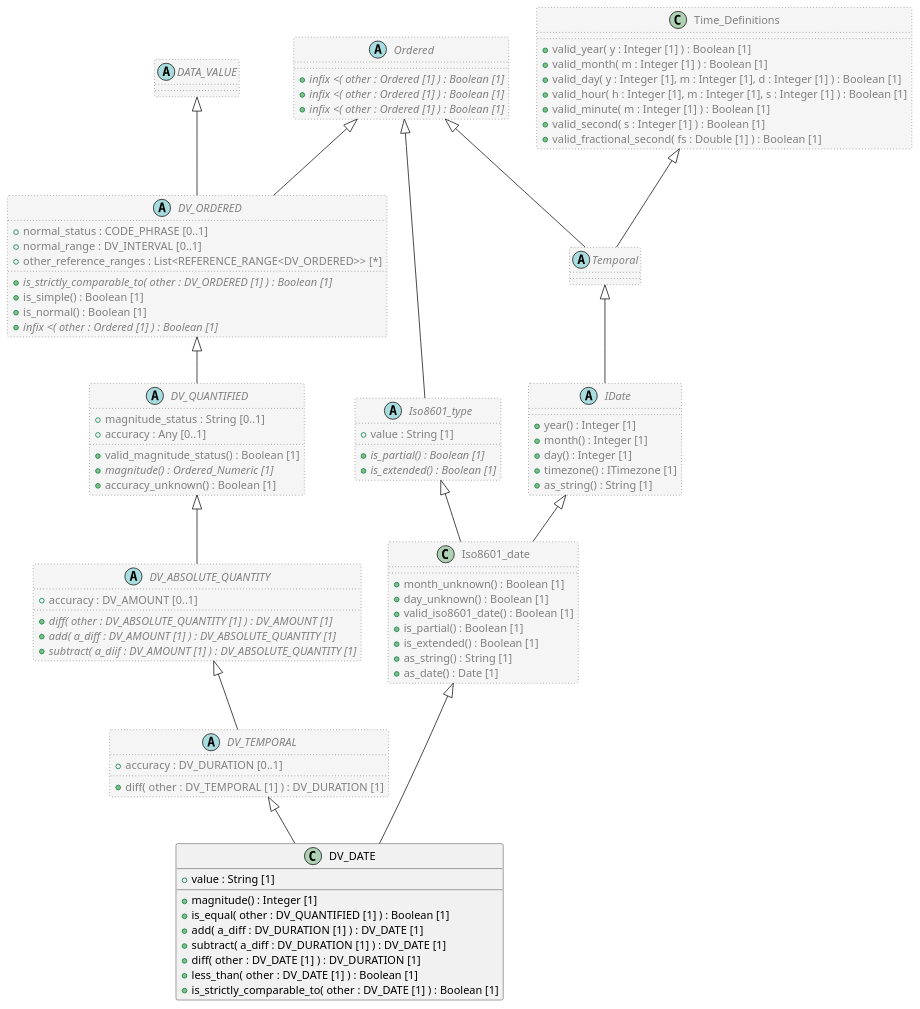
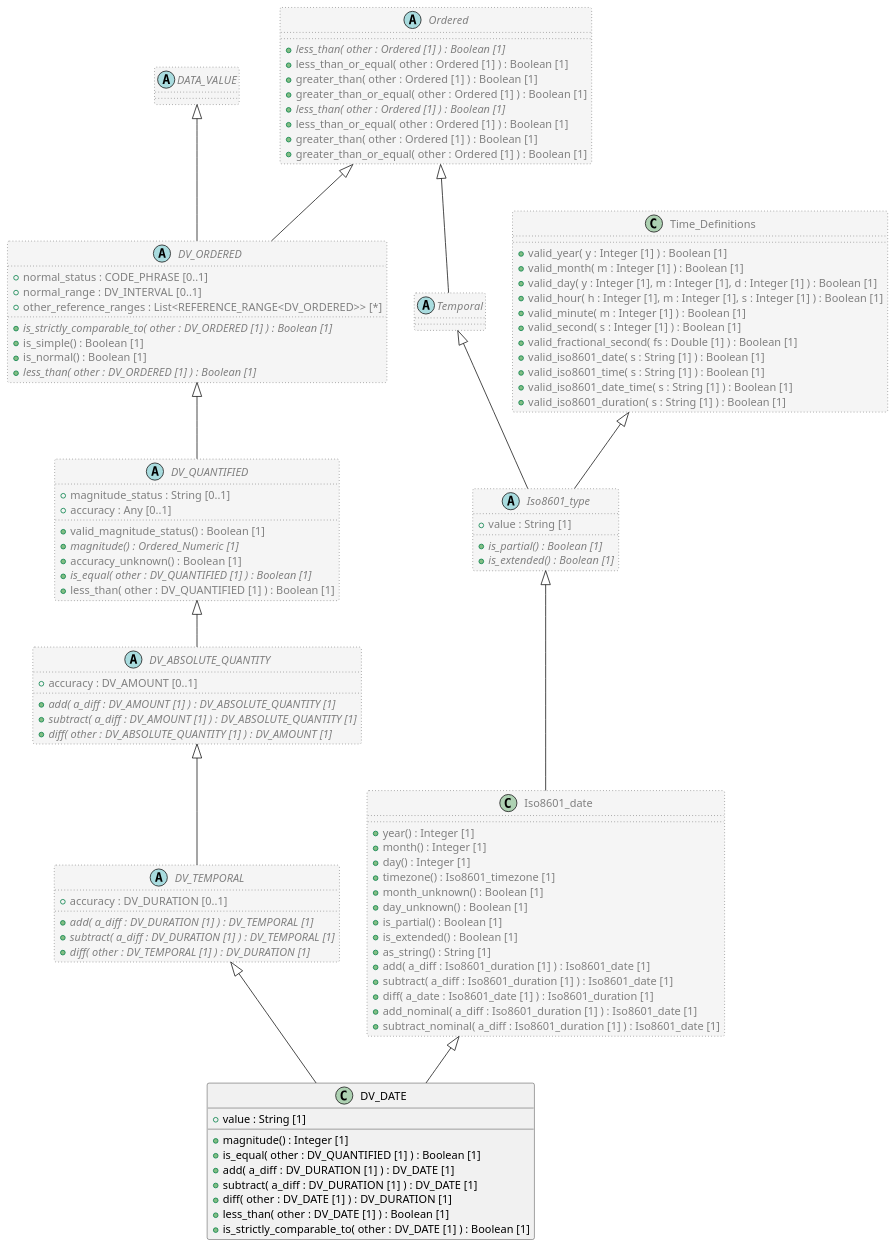
One commit to sebastian-iancu/code-generator changed the diagram in code/Adoc/openehr_rm_1.2.0/plantUML/classes/org.openehr.rm.data_types.dv_date.adoc. Above: the diagram before and after it, drawn with PlantUML. The commit also changed 719 other files, not shown here.

```diff
--- a/code/Adoc/openehr_rm_1.2.0/plantUML/classes/org.openehr.rm.data_types.dv_date.adoc
+++ b/code/Adoc/openehr_rm_1.2.0/plantUML/classes/org.openehr.rm.data_types.dv_date.adoc
@@ -15,14 +15,16 @@
 
 abstract class DV_TEMPORAL  #whitesmoke;line:gray;line.dotted;text:gray {
   + accuracy : DV_DURATION [0..1]
-  + diff( other : DV_TEMPORAL [1] ) : DV_DURATION [1]
+  + {abstract} add( a_diff : DV_DURATION [1] ) : DV_TEMPORAL [1]
+  + {abstract} subtract( a_diff : DV_DURATION [1] ) : DV_TEMPORAL [1]
+  + {abstract} diff( other : DV_TEMPORAL [1] ) : DV_DURATION [1]
 }
 
 abstract class DV_ABSOLUTE_QUANTITY  #whitesmoke;line:gray;line.dotted;text:gray {
   + accuracy : DV_AMOUNT [0..1]
+  + {abstract} add( a_diff : DV_AMOUNT [1] ) : DV_ABSOLUTE_QUANTITY [1]
+  + {abstract} subtract( a_diff : DV_AMOUNT [1] ) : DV_ABSOLUTE_QUANTITY [1]
   + {abstract} diff( other : DV_ABSOLUTE_QUANTITY [1] ) : DV_AMOUNT [1]
-  + {abstract} add( a_diff : DV_AMOUNT [1] ) : DV_ABSOLUTE_QUANTITY [1]
-  + {abstract} subtract( a_diif : DV_AMOUNT [1] ) : DV_ABSOLUTE_QUANTITY [1]
 }
 
 abstract class DV_QUANTIFIED  #whitesmoke;line:gray;line.dotted;text:gray {
@@ -31,6 +33,8 @@
   + valid_magnitude_status() : Boolean [1]
   + {abstract} magnitude() : Ordered_Numeric [1]
   + accuracy_unknown() : Boolean [1]
+  + {abstract} is_equal( other : DV_QUANTIFIED [1] ) : Boolean [1]
+  + less_than( other : DV_QUANTIFIED [1] ) : Boolean [1]
 }
 
 abstract class DV_ORDERED  #whitesmoke;line:gray;line.dotted;text:gray {
@@ -40,7 +44,7 @@
   + {abstract} is_strictly_comparable_to( other : DV_ORDERED [1] ) : Boolean [1]
   + is_simple() : Boolean [1]
   + is_normal() : Boolean [1]
-  + {abstract} infix <( other : Ordered [1] ) : Boolean [1]
+  + {abstract} less_than( other : DV_ORDERED [1] ) : Boolean [1]
 }
 
 abstract class DATA_VALUE  #whitesmoke;line:gray;line.dotted;text:gray {
@@ -49,7 +53,10 @@
 DATA_VALUE <|-- DV_ORDERED
 
 abstract class Ordered  #whitesmoke;line:gray;line.dotted;text:gray {
-  + {abstract} infix <( other : Ordered [1] ) : Boolean [1]
+  + {abstract} less_than( other : Ordered [1] ) : Boolean [1]
+  + less_than_or_equal( other : Ordered [1] ) : Boolean [1]
+  + greater_than( other : Ordered [1] ) : Boolean [1]
+  + greater_than_or_equal( other : Ordered [1] ) : Boolean [1]
 }
 
 Ordered <|-- DV_ORDERED
@@ -63,13 +70,20 @@
 DV_TEMPORAL <|-- DV_DATE
 
 class Iso8601_date  #whitesmoke;line:gray;line.dotted;text:gray {
+  + year() : Integer [1]
+  + month() : Integer [1]
+  + day() : Integer [1]
+  + timezone() : Iso8601_timezone [1]
   + month_unknown() : Boolean [1]
   + day_unknown() : Boolean [1]
-  + valid_iso8601_date() : Boolean [1]
   + is_partial() : Boolean [1]
   + is_extended() : Boolean [1]
   + as_string() : String [1]
-  + as_date() : Date [1]
+  + add( a_diff : Iso8601_duration [1] ) : Iso8601_date [1]
+  + subtract( a_diff : Iso8601_duration [1] ) : Iso8601_date [1]
+  + diff( a_date : Iso8601_date [1] ) : Iso8601_duration [1]
+  + add_nominal( a_diff : Iso8601_duration [1] ) : Iso8601_date [1]
+  + subtract_nominal( a_diff : Iso8601_duration [1] ) : Iso8601_date [1]
 }
 
 abstract class Iso8601_type  #whitesmoke;line:gray;line.dotted;text:gray {
@@ -78,30 +92,19 @@
   + {abstract} is_extended() : Boolean [1]
 }
 
-abstract class Ordered  #whitesmoke;line:gray;line.dotted;text:gray {
-  + {abstract} infix <( other : Ordered [1] ) : Boolean [1]
-}
-
-Ordered <|-- Iso8601_type
-
-Iso8601_type <|-- Iso8601_date
-
-abstract class IDate  #whitesmoke;line:gray;line.dotted;text:gray {
-  + year() : Integer [1]
-  + month() : Integer [1]
-  + day() : Integer [1]
-  + timezone() : ITimezone [1]
-  + as_string() : String [1]
-}
-
 abstract class Temporal  #whitesmoke;line:gray;line.dotted;text:gray {
 }
 
 abstract class Ordered  #whitesmoke;line:gray;line.dotted;text:gray {
-  + {abstract} infix <( other : Ordered [1] ) : Boolean [1]
+  + {abstract} less_than( other : Ordered [1] ) : Boolean [1]
+  + less_than_or_equal( other : Ordered [1] ) : Boolean [1]
+  + greater_than( other : Ordered [1] ) : Boolean [1]
+  + greater_than_or_equal( other : Ordered [1] ) : Boolean [1]
 }
 
 Ordered <|-- Temporal
+
+Temporal <|-- Iso8601_type
 
 class Time_Definitions  #whitesmoke;line:gray;line.dotted;text:gray {
   + valid_year( y : Integer [1] ) : Boolean [1]
@@ -111,13 +114,15 @@
   + valid_minute( m : Integer [1] ) : Boolean [1]
   + valid_second( s : Integer [1] ) : Boolean [1]
   + valid_fractional_second( fs : Double [1] ) : Boolean [1]
+  + valid_iso8601_date( s : String [1] ) : Boolean [1]
+  + valid_iso8601_time( s : String [1] ) : Boolean [1]
+  + valid_iso8601_date_time( s : String [1] ) : Boolean [1]
+  + valid_iso8601_duration( s : String [1] ) : Boolean [1]
 }
 
-Time_Definitions <|-- Temporal
+Time_Definitions <|-- Iso8601_type
 
-Temporal <|-- IDate
-
-IDate <|-- Iso8601_date
+Iso8601_type <|-- Iso8601_date
 
 Iso8601_date <|-- DV_DATE
 
```
